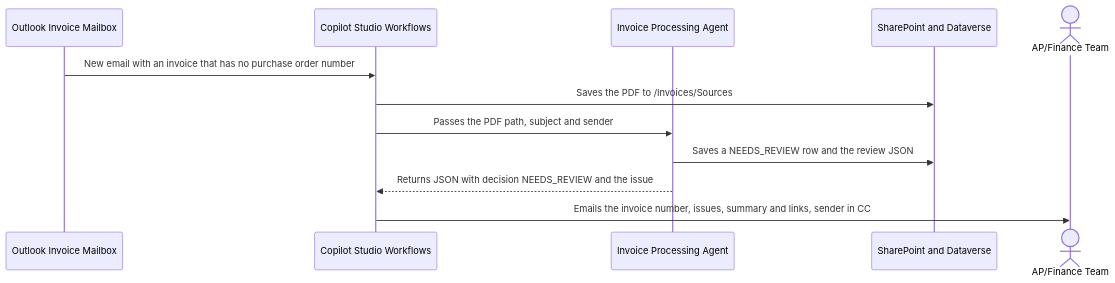
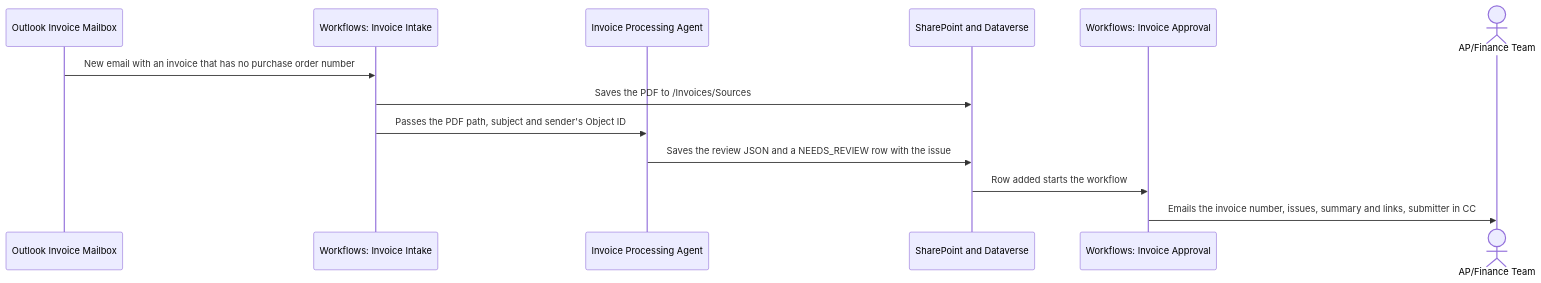
One commit to petepuu/ai-agent-runbooks changed the third of 3 diagrams in 01-scenarios/Autonomous-Invoice-Orchestration-Agent-GHCP/2.Architecture.md. Above: the diagram before and after it, drawn with Mermaid. The commit also changed other lines of this file and 11 other files, not shown here.

First line of the commit message:
Split invoice workflow in two and add SubmittedBy Object ID

````diff
--- a/01-scenarios/Autonomous-Invoice-Orchestration-Agent-GHCP/2.Architecture.md
+++ b/01-scenarios/Autonomous-Invoice-Orchestration-Agent-GHCP/2.Architecture.md
@@ -122,14 +127,15 @@
 ```mermaid
 sequenceDiagram
     participant Mail as Outlook Invoice Mailbox
-    participant Flow as Copilot Studio Workflows
+    participant Intake as Workflows: Invoice Intake
     participant Agent as Invoice Processing Agent
     participant Store as SharePoint and Dataverse
+    participant Appr as Workflows: Invoice Approval
     actor Finance as AP/Finance Team
-    Mail->>Flow: New email with an invoice that has no purchase order number
-    Flow->>Store: Saves the PDF to /Invoices/Sources
-    Flow->>Agent: Passes the PDF path, subject and sender
-    Agent->>Store: Saves a NEEDS_REVIEW row and the review JSON
-    Agent-->>Flow: Returns JSON with decision NEEDS_REVIEW and the issue
-    Flow->>Finance: Emails the invoice number, issues, summary and links, sender in CC
+    Mail->>Intake: New email with an invoice that has no purchase order number
+    Intake->>Store: Saves the PDF to /Invoices/Sources
+    Intake->>Agent: Passes the PDF path, subject and sender's Object ID
+    Agent->>Store: Saves the review JSON and a NEEDS_REVIEW row with the issue
+    Store->>Appr: Row added starts the workflow
+    Appr->>Finance: Emails the invoice number, issues, summary and links, submitter in CC
 ```
````
